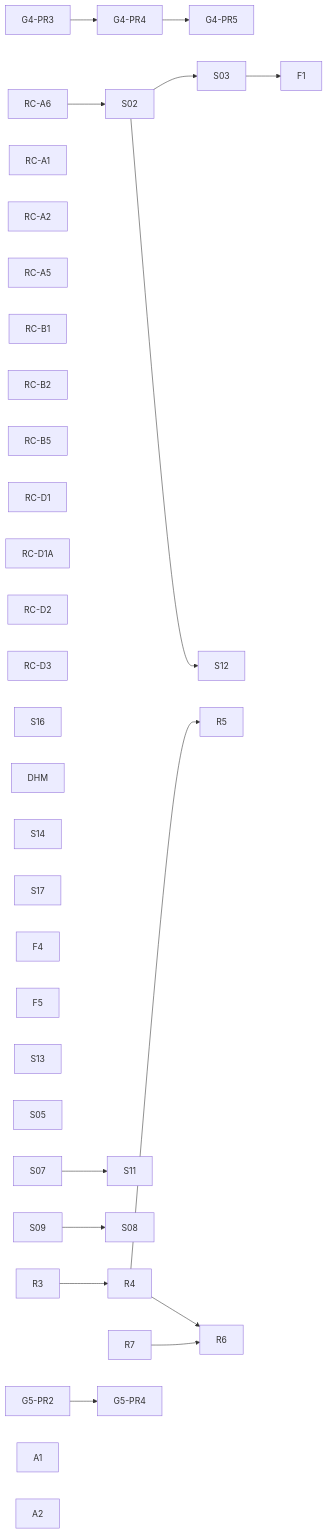
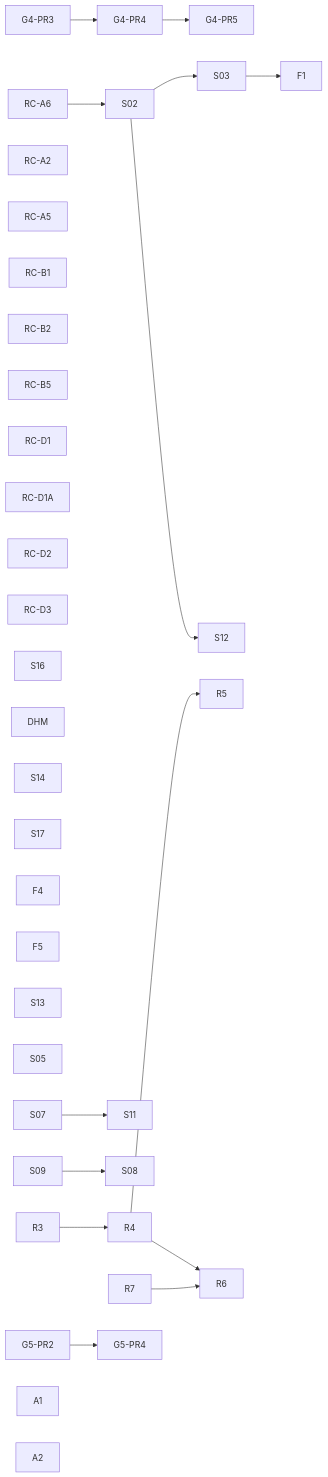
The diagram in docs/planning/state/open-task-route.md (dunay2/dvt), drawn with Mermaid before and after one commit. The commit also changed other lines of this file and 6 other files, not shown here.

````diff
--- a/docs/planning/state/open-task-route.md
+++ b/docs/planning/state/open-task-route.md
@@ -78,38 +77,37 @@
 ```mermaid
 flowchart LR
   G43[G4-PR3] --> G44[G4-PR4] --> G45[G4-PR5]
 
   RC_A6[RC-A6] --> S02[S02] --> S03[S03] --> F1[F1]
-  RC_A1[RC-A1]
   RC_A2[RC-A2]
   RC_A5[RC-A5]
   RC_B1[RC-B1]
   RC_B2[RC-B2]
   RC_B5[RC-B5]
   RC_D1[RC-D1]
   RC_D1A[RC-D1A]
   RC_D2[RC-D2]
   RC_D3[RC-D3]
   S16[S16]
   DHM[DHM]
 
   S02 --> S12[S12]
   S14[S14]
   S17[S17]
   F4[F4]
   F5[F5]
   S13[S13]
   S05[S05]
 
   S07[S07] --> S11[S11]
   S09[S09] --> S08[S08]
 
   R3[R3] --> R4[R4] --> R5[R5]
   R4 --> R6[R6]
   R7[R7] --> R6
 
   G52[G5-PR2] --> G54[G5-PR4]
   A1[A1]
   A2[A2]
   DHM
 ```
````
